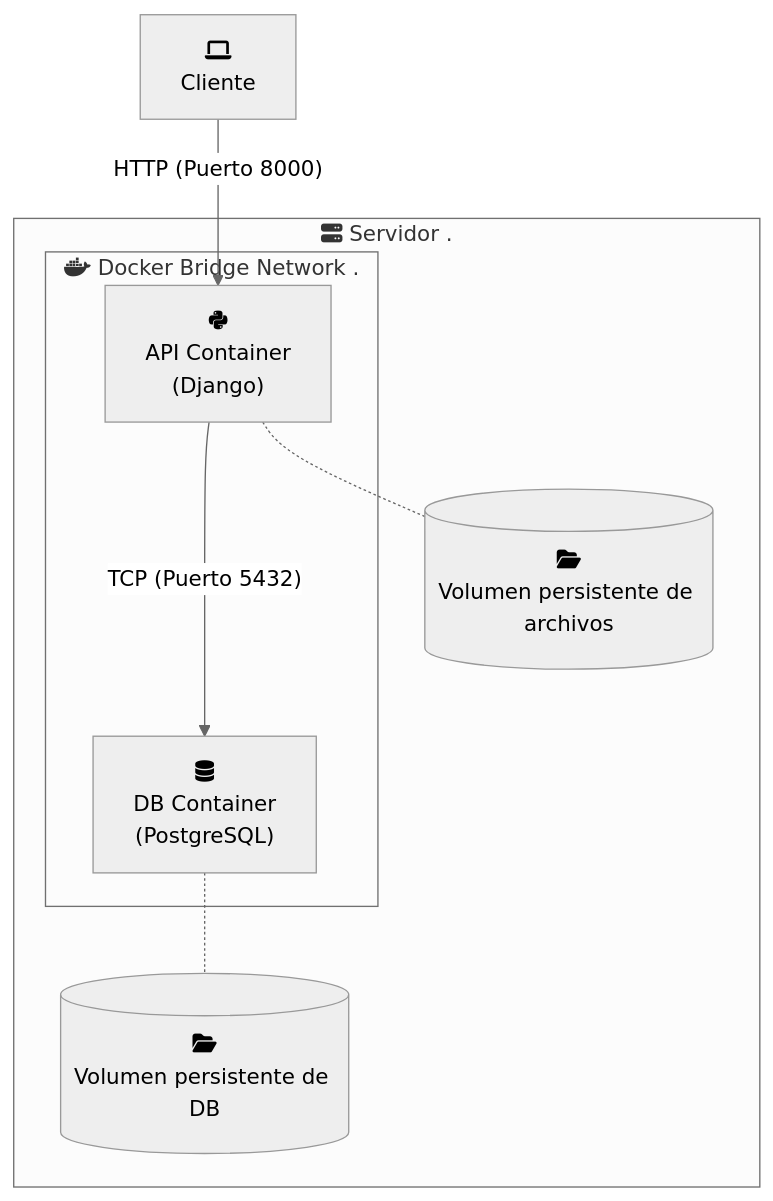
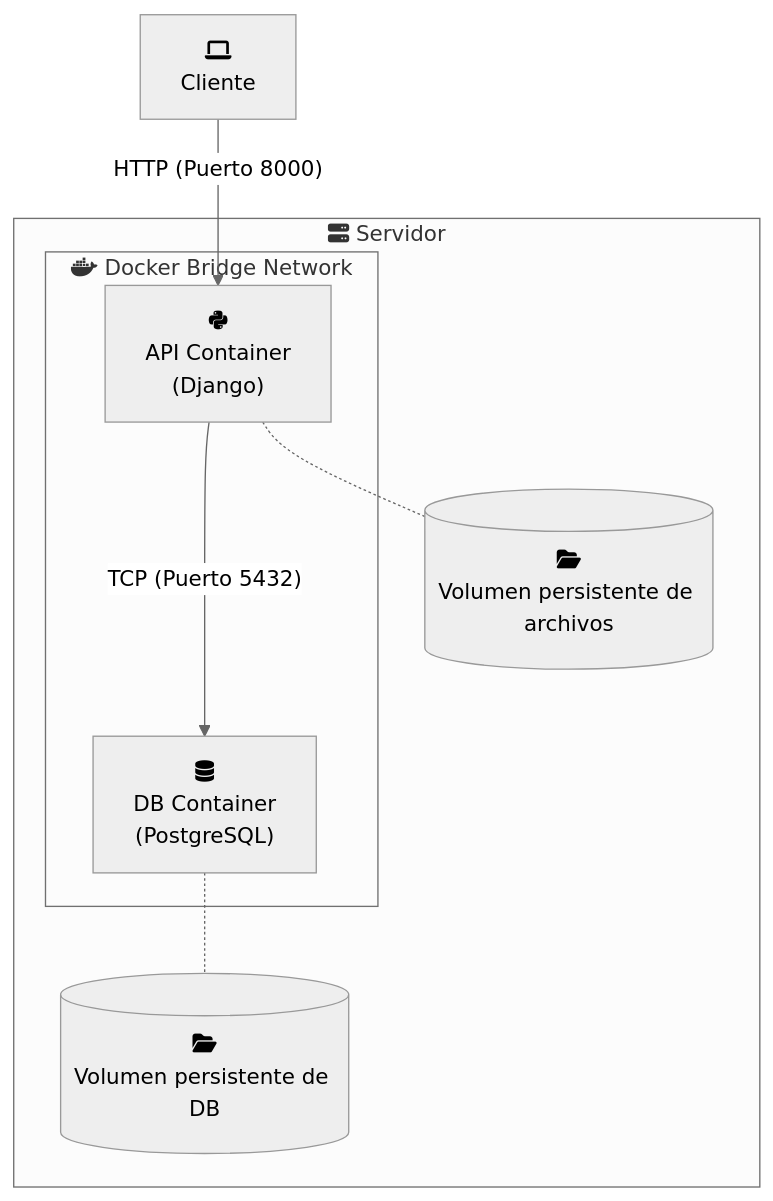
Before and after one commit to martinstanicio/humanresourcesdelta: the diagram in docs/diagrams/deployment.mmd, drawn with Mermaid (neutral theme). The commit also changed 31 other files, not shown here.

Commit message:
actualizar documentación y diagramas con todas las correcciones del proyecto

```diff
--- a/docs/diagrams/deployment.mmd
+++ b/docs/diagrams/deployment.mmd
@@ -1,20 +1,20 @@
 flowchart TD
     Cliente["fa:fa-laptop\nCliente"]
 
-    subgraph Server["fa:fa-server Servidor ."]
+    subgraph Server["fa:fa-server Servidor"]
         
-        subgraph Docker["fab:fa-docker Docker Bridge Network ."]
+        subgraph Docker["fab:fa-docker Docker Bridge Network"]
             APIContainer["fab:fa-python\nAPI Container\n(Django)"]
             DBContainer["fa:fa-database\nDB Container\n(PostgreSQL)"]
         end
         
         DB[("fa:fa-folder-open\nVolumen persistente de DB")]
         StorageBucket[("fa:fa-folder-open\nVolumen persistente de archivos")]
         
     end
 
     Cliente -- "HTTP (Puerto 8000)" --> APIContainer
     APIContainer -- "TCP (Puerto 5432)" ---> DBContainer
     
     DBContainer -.- DB
     APIContainer -.- StorageBucket
```
